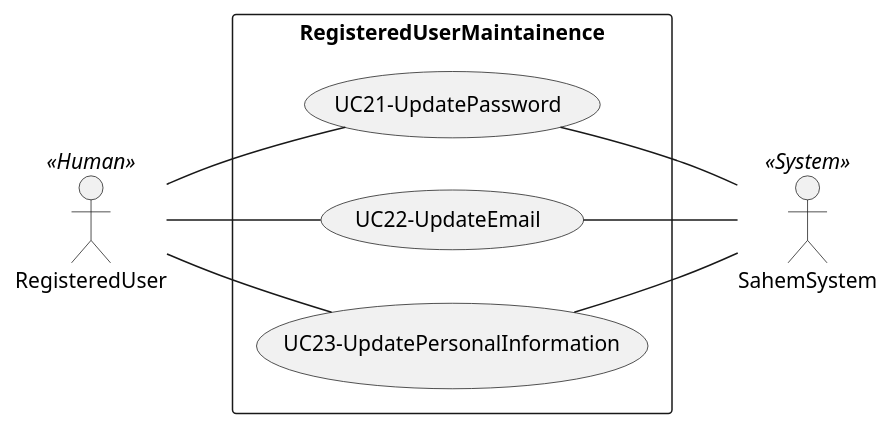
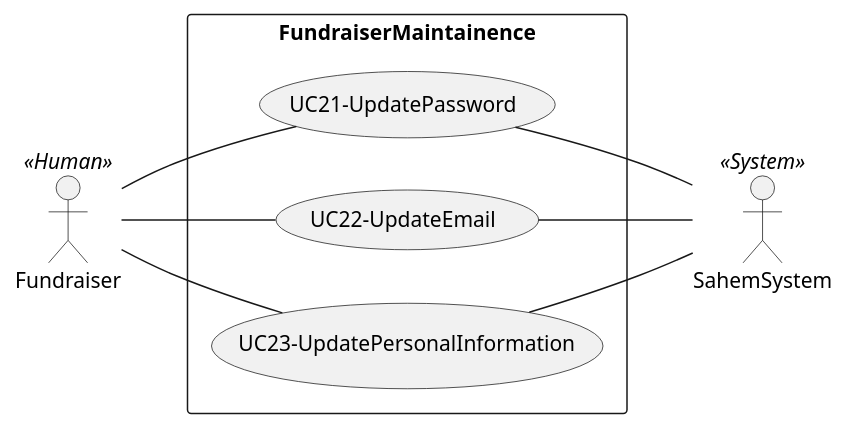
One commit to mlnomadpy/Sahem changed the diagram in Conception/Diagrams/plantUml/Use Cases/RegisteredUser_Maintainence.puml. Above: the diagram before and after it, drawn with PlantUML. The commit also changed 30 other files, not shown here.

Commit message:
exported diagrams in out/conception

```diff
--- a/Conception/Diagrams/plantUml/Use Cases/RegisteredUser_Maintainence.puml
+++ b/Conception/Diagrams/plantUml/Use Cases/RegisteredUser_Maintainence.puml
@@ -1,25 +1,25 @@
-@startuml RegisteredUserMaintainence
+@startuml FundraiserMaintainence
 left to right direction
 skinparam packageStyle rectangle
-actor RegisteredUser as A3 << Human >>
+actor Fundraiser as A3 << Human >>
 actor SahemSystem as A6 << System >>
 
 ' usecase (UC4-ShareToSocialMedia) as UC4
 ' A1 -- (UC4)
 ' (UC4) -- A6
 
-rectangle RegisteredUserMaintainence {
+rectangle FundraiserMaintainence {
     usecase (UC21-UpdatePassword) as UC21
     usecase (UC22-UpdateEmail) as UC22
     usecase (UC23-UpdatePersonalInformation) as UC23
     A3 -- (UC21) 
     A3 -- (UC22)
     A3 -- (UC23)
 
     (UC21) -- A6
     (UC22) -- A6
     (UC23) -- A6
 
 }
 
 @enduml
```
